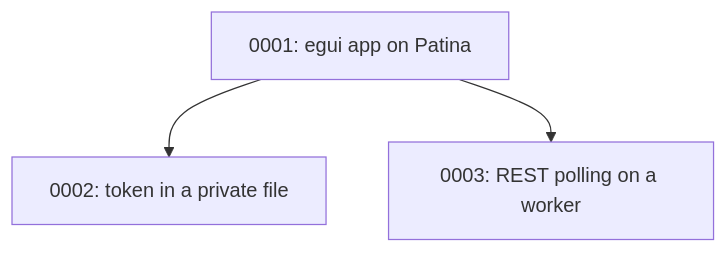
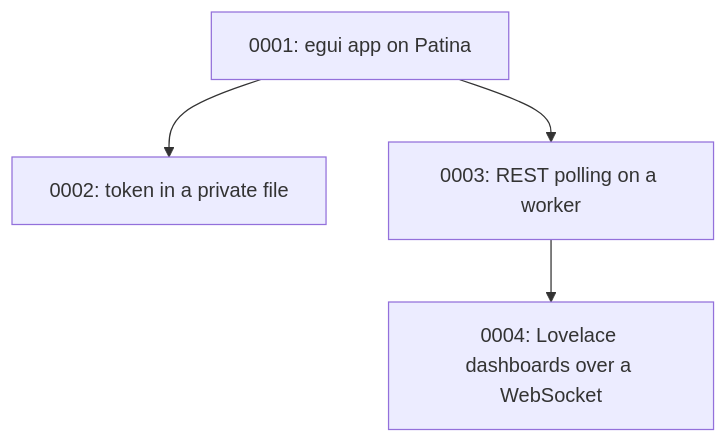
The diagram in home/docs/adr/README.md (Sector-F-Labs/patina-desktop), drawn with Mermaid before and after one commit. The commit also changed other lines of this file and 12 other files, not shown here.

Commit message:
Render Lovelace dashboards natively over the WebSocket API

````diff
--- a/home/docs/adr/README.md
+++ b/home/docs/adr/README.md
@@ -51,5 +52,6 @@
 ```mermaid
 flowchart TD
     A[0001: egui app on Patina] --> B[0002: token in a private file]
     A --> C[0003: REST polling on a worker]
+    C --> D[0004: Lovelace dashboards over a WebSocket]
 ```
````
